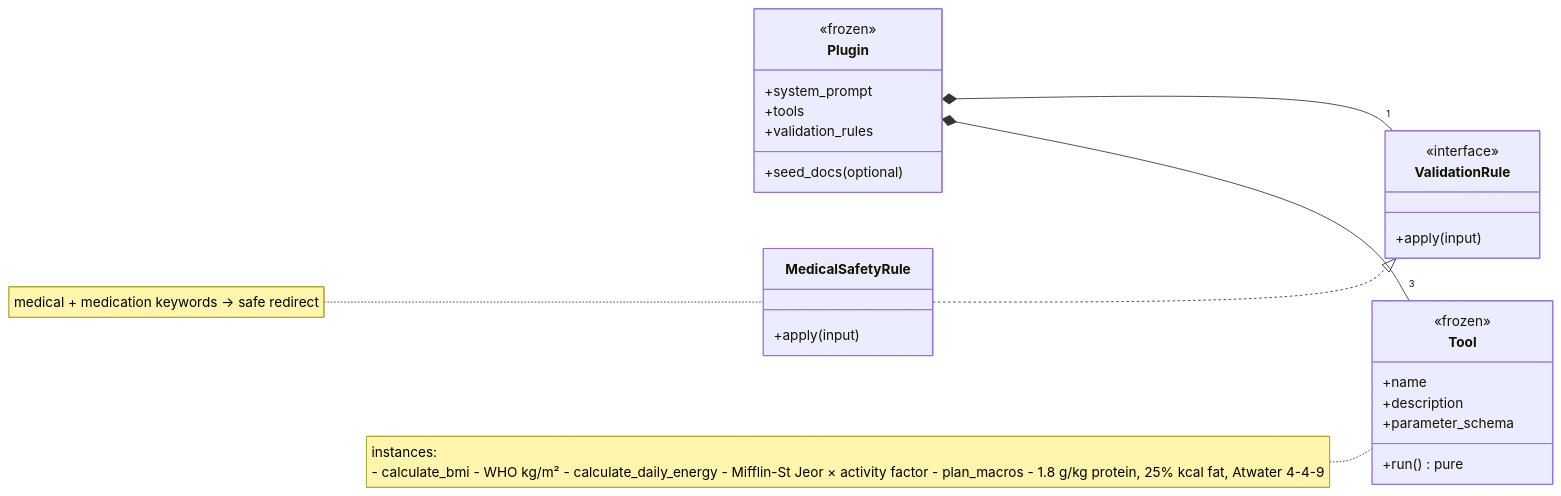
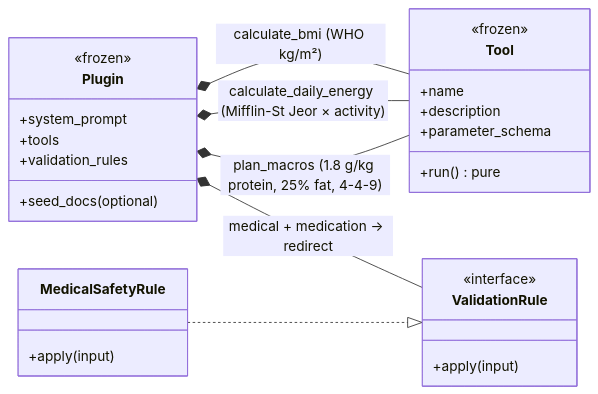
One commit to aschog/cora changed the diagram in docs/plans/fitness-coach-plugin.md. Above: the diagram before and after it, drawn with Mermaid.

Commit message:
docs: show fitness plugin tools as labeled composition edges (drop notes)

````diff
--- a/docs/plans/fitness-coach-plugin.md
+++ b/docs/plans/fitness-coach-plugin.md
@@ -23,36 +23,30 @@
 ```mermaid
 classDiagram
   direction LR
   class Plugin {
     <<frozen>>
     +system_prompt
     +tools
     +validation_rules
     +seed_docs (optional)
   }
   class Tool {
     <<frozen>>
     +name
     +description
     +parameter_schema
     +run() pure
   }
   class ValidationRule {
     <<interface>>
     +apply(input)
   }
   class MedicalSafetyRule {
     +apply(input)
   }
-  Plugin *-- "3" Tool
-  Plugin *-- "1" ValidationRule
+  Plugin *-- Tool : calculate_bmi (WHO kg/m²)
+  Plugin *-- Tool : calculate_daily_energy (Mifflin-St Jeor × activity)
+  Plugin *-- Tool : plan_macros (1.8 g/kg protein, 25% fat, 4-4-9)
+  Plugin *-- ValidationRule : medical + medication → redirect
   MedicalSafetyRule ..|> ValidationRule
-  note for Tool "instances: 
-  - calculate_bmi 
-    - WHO kg/m² 
-  - calculate_daily_energy 
-    - Mifflin-St Jeor × activity factor 
-  - plan_macros 
-    - 1.8 g/kg protein, 25% kcal fat, Atwater 4-4-9"
-  note for MedicalSafetyRule "medical + medication keywords → safe redirect"
 ```
````
